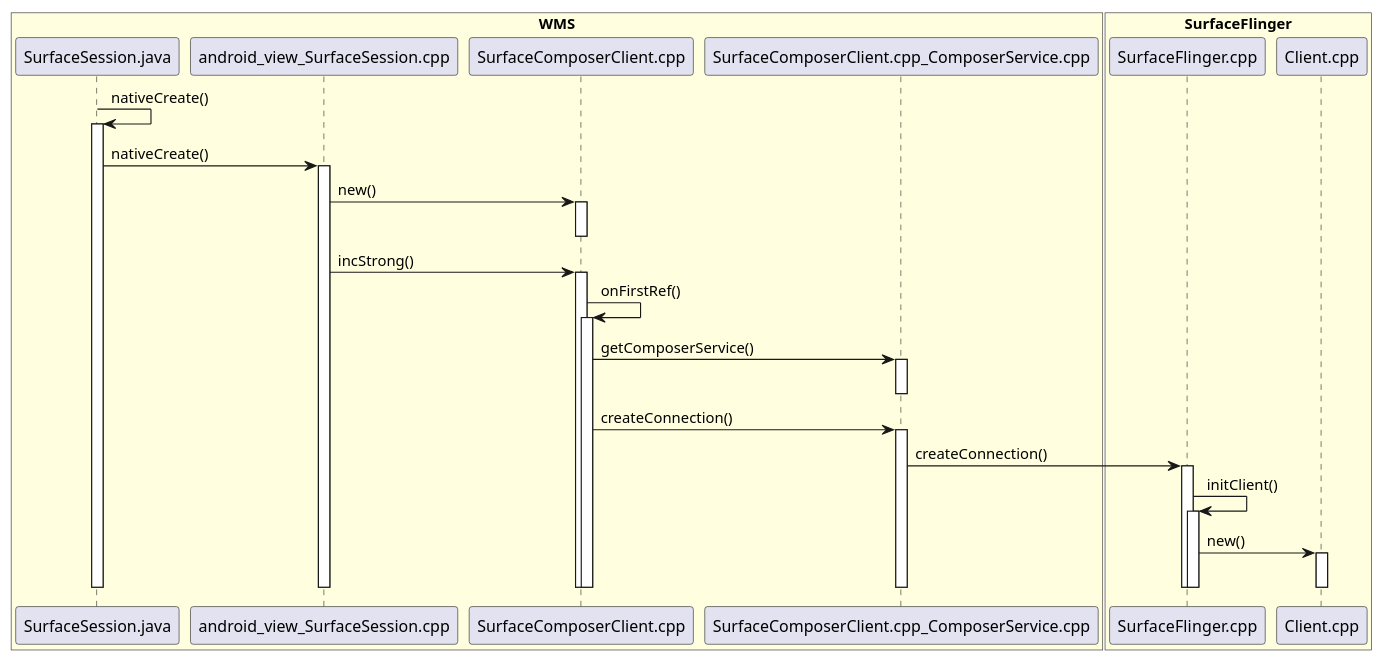
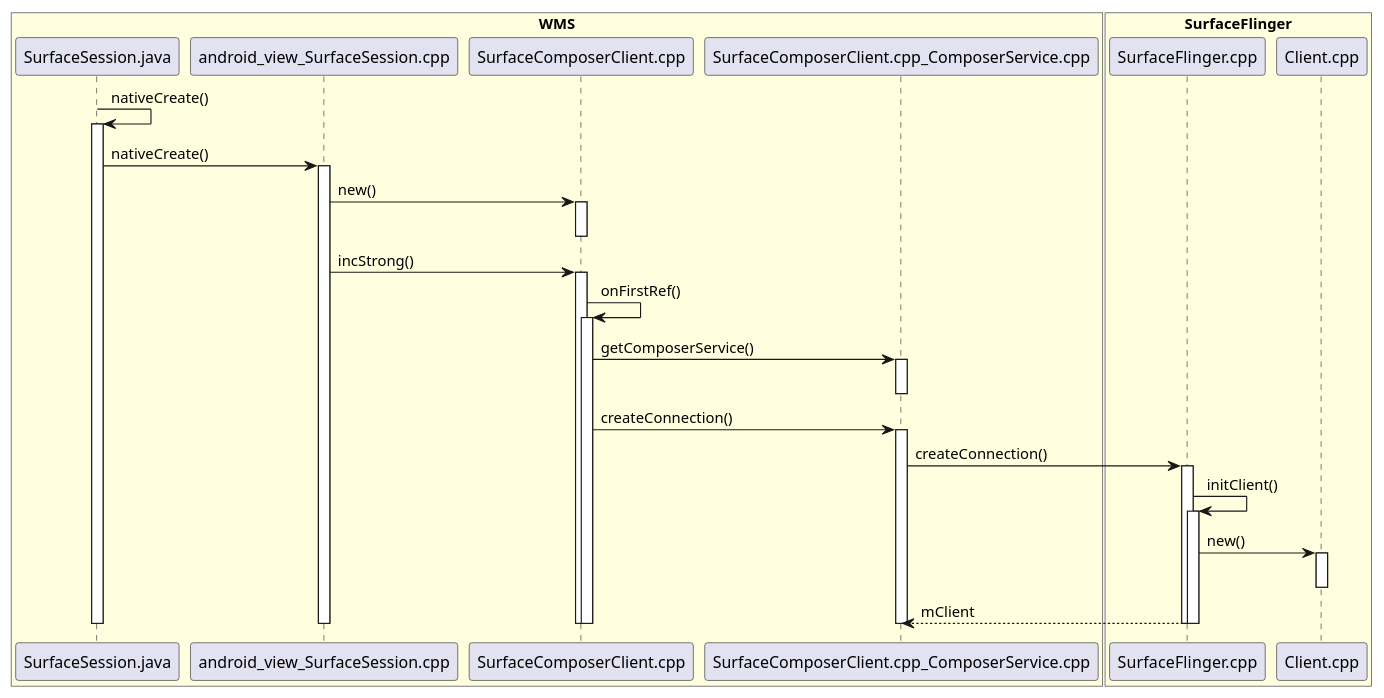
Before and after one commit to javalive09/UML: the diagram in android11/addwindow/AddWindow_2.1.1.1.puml, drawn with PlantUML. The commit also changed 17 other files, not shown here.

Commit message:
update android11 uml

```diff
--- a/android11/addwindow/AddWindow_2.1.1.1.puml
+++ b/android11/addwindow/AddWindow_2.1.1.1.puml
@@ -1,62 +1,63 @@
 @startuml
 
 box "WMS" #LightYellow
 participant SurfaceSession.java
 participant android_view_SurfaceSession.cpp
 participant SurfaceComposerClient.cpp
 participant SurfaceComposerClient.cpp_ComposerService.cpp
 end box
 
 box "SurfaceFlinger" #LightYellow
 participant SurfaceFlinger.cpp
 participant Client.cpp
 end box
 
 SurfaceSession.java -> SurfaceSession.java:nativeCreate()
 activate SurfaceSession.java
 
 SurfaceSession.java -> android_view_SurfaceSession.cpp:nativeCreate()
 activate android_view_SurfaceSession.cpp
 
 android_view_SurfaceSession.cpp -> SurfaceComposerClient.cpp:new()
 activate SurfaceComposerClient.cpp
 deactivate SurfaceComposerClient.cpp
 
 android_view_SurfaceSession.cpp -> SurfaceComposerClient.cpp:incStrong()
 activate SurfaceComposerClient.cpp
 SurfaceComposerClient.cpp -> SurfaceComposerClient.cpp:onFirstRef()
 activate SurfaceComposerClient.cpp
 
 SurfaceComposerClient.cpp -> SurfaceComposerClient.cpp_ComposerService.cpp:getComposerService()
 activate SurfaceComposerClient.cpp_ComposerService.cpp
 deactivate SurfaceComposerClient.cpp_ComposerService.cpp
 SurfaceComposerClient.cpp -> SurfaceComposerClient.cpp_ComposerService.cpp:createConnection()
 activate SurfaceComposerClient.cpp_ComposerService.cpp
 
 SurfaceComposerClient.cpp_ComposerService.cpp -> SurfaceFlinger.cpp:createConnection()
 activate SurfaceFlinger.cpp
 SurfaceFlinger.cpp -> SurfaceFlinger.cpp:initClient()
 activate SurfaceFlinger.cpp
 SurfaceFlinger.cpp -> Client.cpp:new()
 activate Client.cpp
 deactivate Client.cpp
-
+SurfaceFlinger.cpp -->SurfaceComposerClient.cpp_ComposerService.cpp: mClient
 deactivate SurfaceFlinger.cpp
 deactivate SurfaceFlinger.cpp
+
 
 
 deactivate SurfaceComposerClient.cpp_ComposerService.cpp
 
 deactivate SurfaceComposerClient.cpp
 deactivate SurfaceComposerClient.cpp
 
 deactivate android_view_SurfaceSession.cpp
 
 deactivate SurfaceSession.java
 
 deactivate SurfaceSession.java
 
 
 
 
 @enduml
```
